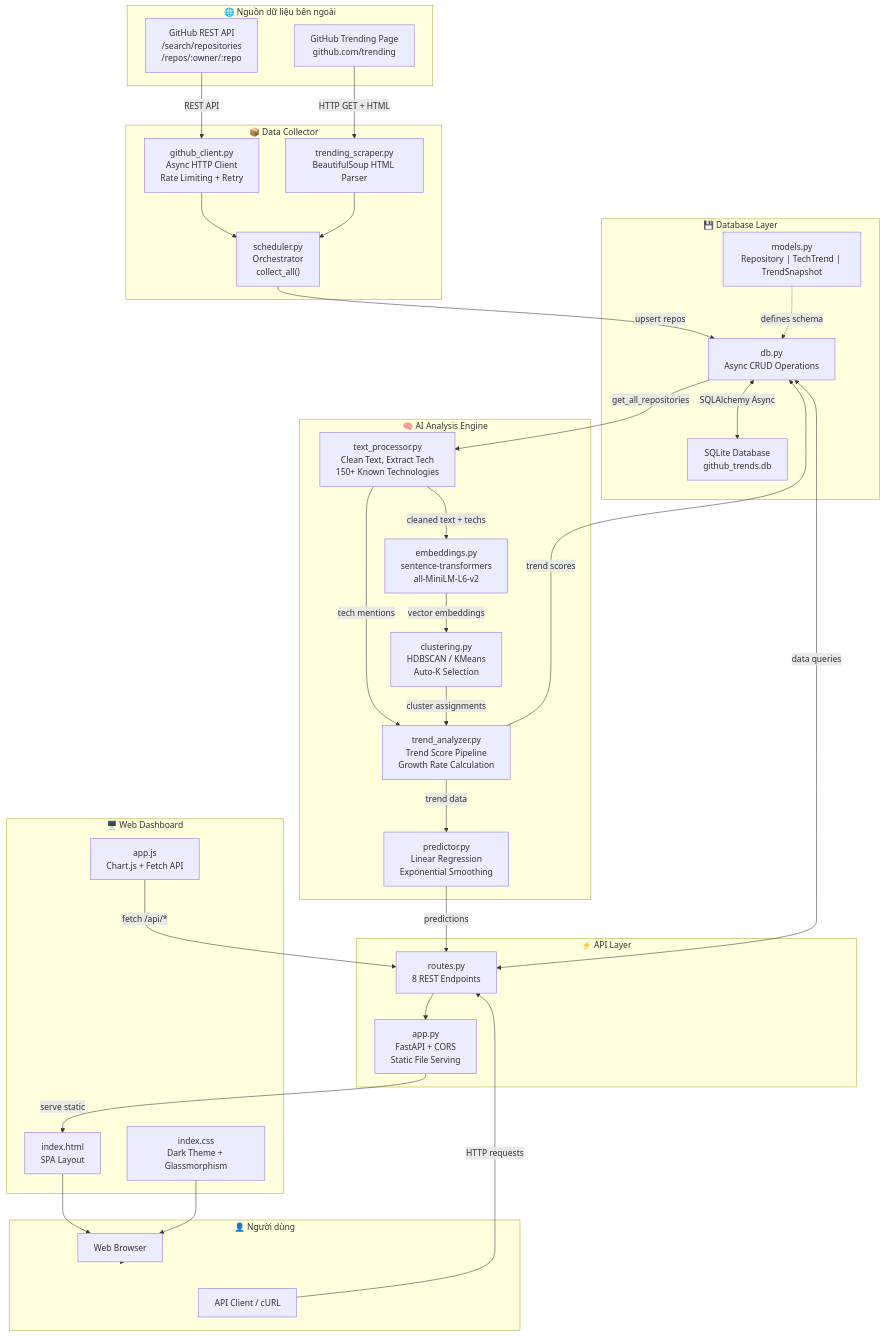
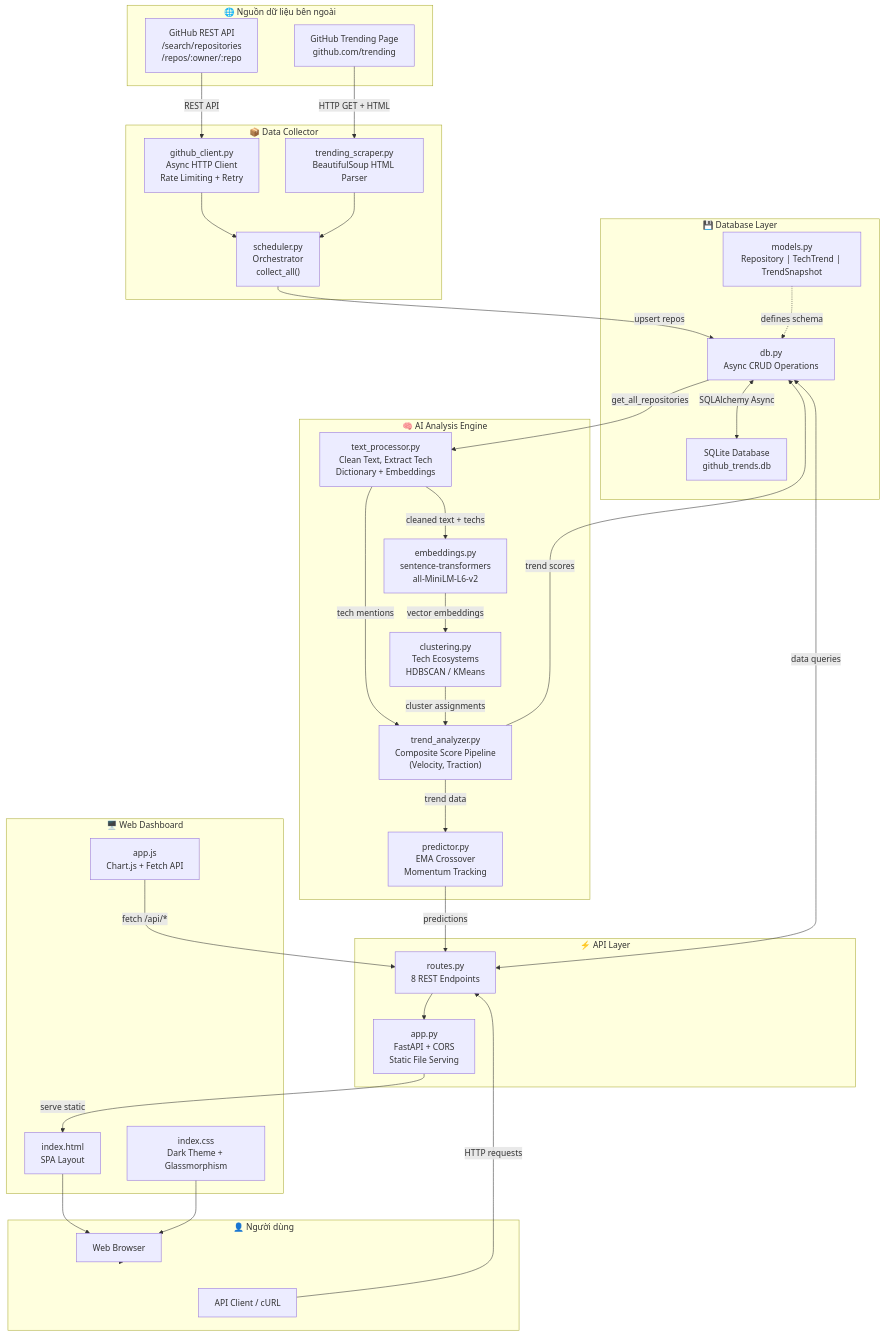
Before and after one commit to wimaniac/GitHub-Tech-Trends-AI-System: the diagram in docs/architecture.md, drawn with Mermaid. The commit also changed other lines of this file and 36 other files, not shown here.

````diff
--- a/docs/architecture.md
+++ b/docs/architecture.md
@@ -5,73 +5,73 @@
 ```mermaid
 graph TB
     subgraph External["🌐 Nguồn dữ liệu bên ngoài"]
         GH_API["GitHub REST API<br/>/search/repositories<br/>/repos/:owner/:repo"]
         GH_TREND["GitHub Trending Page<br/>github.com/trending"]
     end
 
     subgraph Collector["📦 Data Collector"]
         GHClient["github_client.py<br/>Async HTTP Client<br/>Rate Limiting + Retry"]
         Scraper["trending_scraper.py<br/>BeautifulSoup HTML Parser"]
         Scheduler["scheduler.py<br/>Orchestrator<br/>collect_all()"]
     end
 
     subgraph Database["💾 Database Layer"]
         Models["models.py<br/>Repository | TechTrend | TrendSnapshot"]
         DB["db.py<br/>Async CRUD Operations"]
         SQLite["SQLite Database<br/>github_trends.db"]
     end
 
     subgraph Analyzer["🧠 AI Analysis Engine"]
-        TextProc["text_processor.py<br/>Clean Text, Extract Tech<br/>150+ Known Technologies"]
+        TextProc["text_processor.py<br/>Clean Text, Extract Tech<br/>Dictionary + Embeddings"]
         Embed["embeddings.py<br/>sentence-transformers<br/>all-MiniLM-L6-v2"]
-        Cluster["clustering.py<br/>HDBSCAN / KMeans<br/>Auto-K Selection"]
-        TrendAn["trend_analyzer.py<br/>Trend Score Pipeline<br/>Growth Rate Calculation"]
-        Predict["predictor.py<br/>Linear Regression<br/>Exponential Smoothing"]
+        Cluster["clustering.py<br/>Tech Ecosystems<br/>HDBSCAN / KMeans"]
+        TrendAn["trend_analyzer.py<br/>Composite Score Pipeline<br/>(Velocity, Traction)"]
+        Predict["predictor.py<br/>EMA Crossover<br/>Momentum Tracking"]
     end
 
     subgraph API["⚡ API Layer"]
         FastAPI["app.py<br/>FastAPI + CORS<br/>Static File Serving"]
         Routes["routes.py<br/>8 REST Endpoints"]
     end
 
     subgraph Dashboard["🖥️ Web Dashboard"]
         HTML["index.html<br/>SPA Layout"]
         CSS["index.css<br/>Dark Theme + Glassmorphism"]
         JS["app.js<br/>Chart.js + Fetch API"]
     end
 
     subgraph User["👤 Người dùng"]
         Browser["Web Browser"]
         APIClient["API Client / cURL"]
     end
 
     %% Connections
     GH_API -->|REST API| GHClient
     GH_TREND -->|HTTP GET + HTML| Scraper
     
     GHClient --> Scheduler
     Scraper --> Scheduler
     
     Scheduler -->|upsert repos| DB
     DB <-->|SQLAlchemy Async| SQLite
     Models -.->|defines schema| DB
 
     DB -->|get_all_repositories| TextProc
     TextProc -->|cleaned text + techs| Embed
     Embed -->|vector embeddings| Cluster
     TextProc -->|tech mentions| TrendAn
     Cluster -->|cluster assignments| TrendAn
     TrendAn -->|trend scores| DB
     TrendAn -->|trend data| Predict
     Predict -->|predictions| Routes
 
     DB <-->|data queries| Routes
     Routes --> FastAPI
     FastAPI -->|serve static| HTML
     
     HTML --> Browser
     CSS --> Browser
     JS -->|fetch /api/*| Routes
     Browser --> User
     APIClient -->|HTTP requests| Routes
 ```
````
